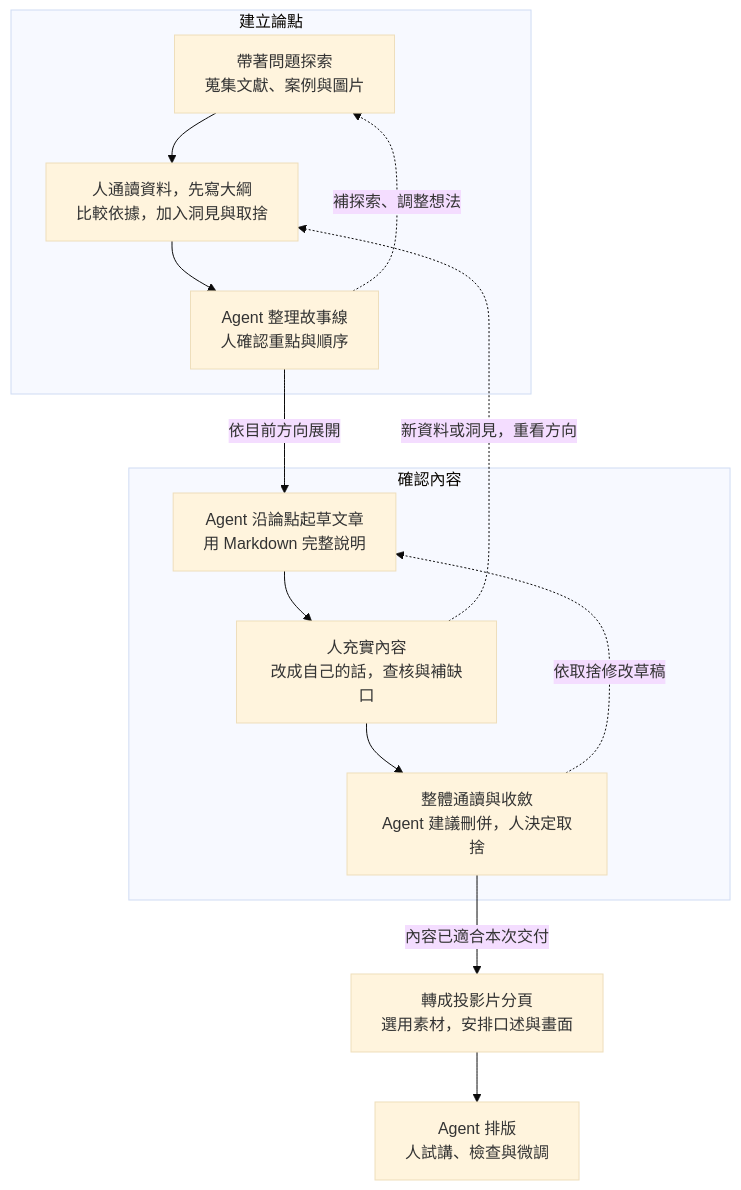
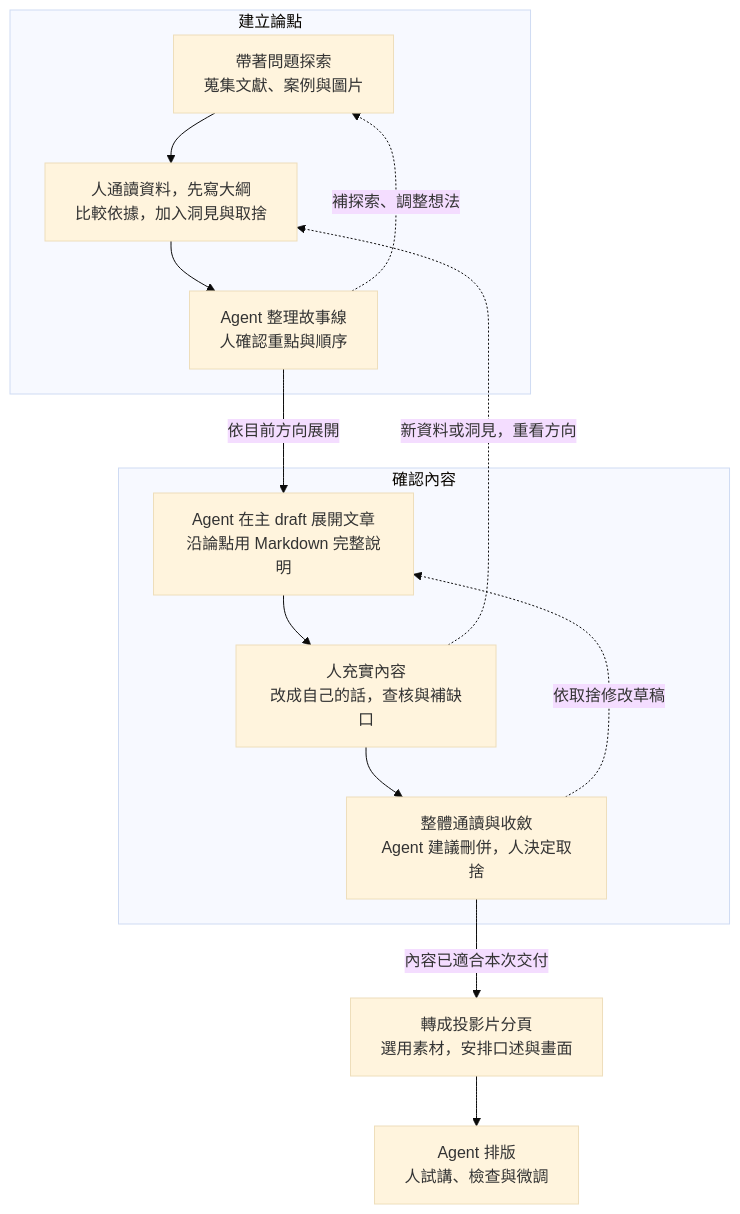
Before and after one commit to jimmy60504/agentic-knowledge-work: the second of 3 diagrams in drafts/02-week2-presentation-lesson-plan.md, drawn with Mermaid (base theme). The commit also changed other lines of this file and 3 other files, not shown here.

````diff
--- a/drafts/02-week2-presentation-lesson-plan.md
+++ b/drafts/02-week2-presentation-lesson-plan.md
@@ -89,21 +89,21 @@
 ```mermaid
 flowchart TD
     subgraph direction_loop["建立論點"]
         A["帶著問題探索<br/>蒐集文獻、案例與圖片"] --> B["人通讀資料，先寫大綱<br/>比較依據，加入洞見與取捨"]
         B --> C["Agent 整理故事線<br/>人確認重點與順序"]
         C -. 補探索、調整想法 .-> A
     end
 
     C -->|依目前方向展開| D
 
     subgraph content_loop["確認內容"]
-        D["Agent 沿論點起草文章<br/>用 Markdown 完整說明"] --> E["人充實內容<br/>改成自己的話，查核與補缺口"]
+        D["Agent 在主 draft 展開文章<br/>沿論點用 Markdown 完整說明"] --> E["人充實內容<br/>改成自己的話，查核與補缺口"]
         E --> F["整體通讀與收斂<br/>Agent 建議刪併，人決定取捨"]
         F -. 依取捨修改草稿 .-> D
     end
 
     E -. 新資料或洞見，重看方向 .-> B
 
     F -->|內容已適合本次交付| H["轉成投影片分頁<br/>選用素材，安排口述與畫面"]
     H --> G["Agent 排版<br/>人試講、檢查與微調"]
 ```
````
